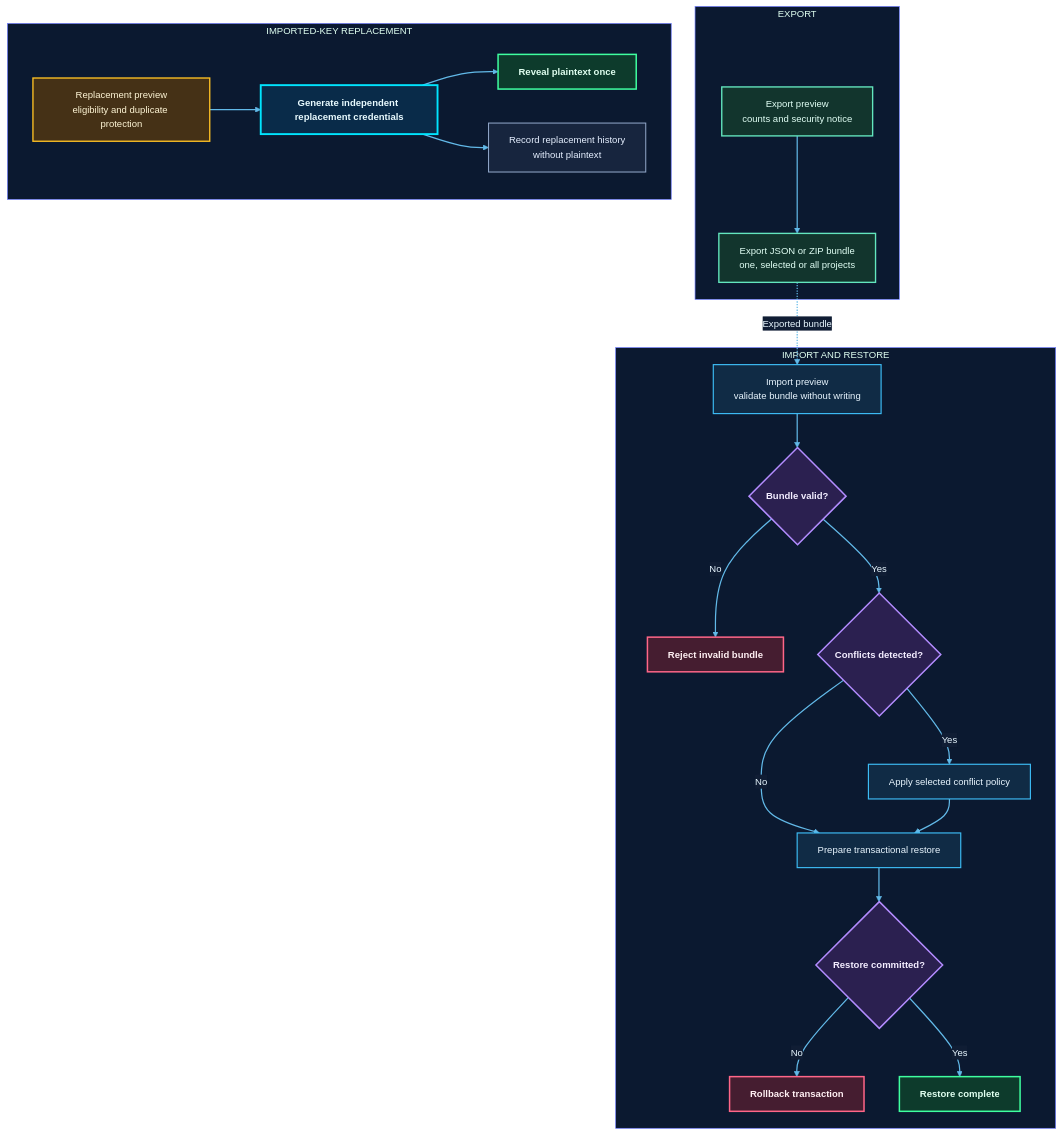
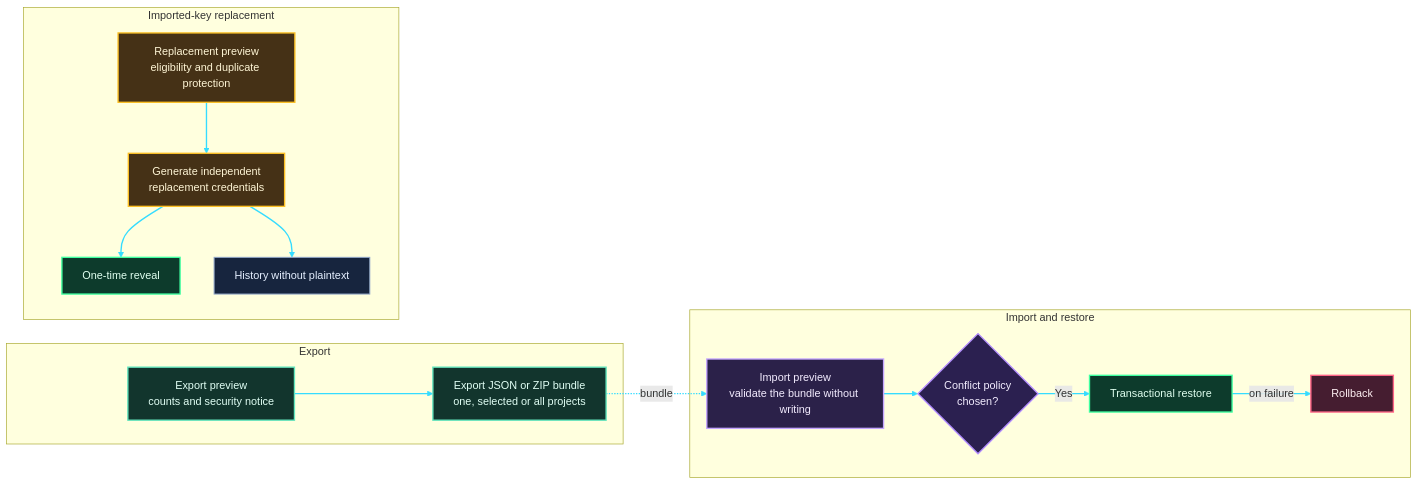
One commit to shajeduzzamanenan992008inc/NexOra-Database-key-Gen changed diagram 19 of 23 in README.md. Above: the diagram before and after it, drawn with Mermaid. The commit also changed other lines of this file, not shown here.

````diff
--- a/README.md
+++ b/README.md
@@ -1588,48 +1500,37 @@
 ```mermaid
-%%{init: {"theme":"base","themeVariables":{"darkMode":true,"background":"#07111f","primaryColor":"#102744","primaryTextColor":"#e8f7ff","primaryBorderColor":"#00d9ff","lineColor":"#62b9e8","secondaryColor":"#261d45","secondaryTextColor":"#f3eaff","secondaryBorderColor":"#a78bfa","tertiaryColor":"#12332b","tertiaryTextColor":"#e0fff1","tertiaryBorderColor":"#41e6a2","fontFamily":"Inter, Segoe UI, sans-serif","fontSize":"14px","edgeLabelBackground":"#101d34","mainBkg":"#102744","nodeBorder":"#00d9ff","clusterBkg":"#0b1930","clusterBorder":"#6f7dff","actorBkg":"#102744","actorBorder":"#00d9ff","actorTextColor":"#e8f7ff","signalColor":"#64d8ff","signalTextColor":"#e8f7ff","noteBkgColor":"#0e332b","noteBorderColor":"#41e6a2","noteTextColor":"#e0fff1"}}}%%
-flowchart TB
-    subgraph EXPORT["EXPORT"]
+flowchart LR
+    subgraph EXP["Export"]
         E1["Export preview<br/>counts and security notice"] --> E2["Export JSON or ZIP bundle<br/>one, selected or all projects"]
     end
+    subgraph IMP["Import and restore"]
+        I1["Import preview<br/>validate the bundle without writing"] --> I2{"Conflict policy<br/>chosen?"}
+        I2 -->|Yes| I3["Transactional restore"]
+        I3 -->|"on failure"| I4["Rollback"]
+    end
+    subgraph REP["Imported-key replacement"]
+        P1["Replacement preview<br/>eligibility and duplicate protection"] --> P2["Generate independent<br/>replacement credentials"]
+        P2 --> P3["One-time reveal"]
+        P2 --> P4["History without plaintext"]
+    end
+    E2 -.->|"bundle"| I1
 
-    subgraph IMPORT["IMPORT AND RESTORE"]
-        I1["Import preview<br/>validate bundle without writing"] --> I2{"Bundle valid?"}
-        I2 -->|No| IX["Reject invalid bundle"]
-        I2 -->|Yes| I3{"Conflicts detected?"}
-        I3 -->|Yes| I4["Apply selected conflict policy"]
-        I3 -->|No| I5["Prepare transactional restore"]
-        I4 --> I5
-        I5 --> I6{"Restore committed?"}
-        I6 -->|No| I7["Rollback transaction"]
-        I6 -->|Yes| I8["Restore complete"]
-    end
-
-    subgraph REPLACE["IMPORTED-KEY REPLACEMENT"]
-        P1["Replacement preview<br/>eligibility and duplicate protection"] --> P2["Generate independent replacement credentials"]
-        P2 --> P3["Reveal plaintext once"]
-        P2 --> P4["Record replacement history<br/>without plaintext"]
-    end
-
-    E2 -. Exported bundle .-> I1
-
-
-    %% OMEGA NEX-ORA · ULTRA NEON DESIGN SYSTEM
-    classDef nxCore fill:#092b49,stroke:#00e5ff,stroke-width:2.8px,color:#e9fbff,font-weight:bold;
-    classDef nxProcess fill:#102b45,stroke:#3dbcf5,stroke-width:1.7px,color:#e9f6ff;
-    classDef nxDecision fill:#2b2050,stroke:#b38cff,stroke-width:2.2px,color:#f3edff,font-weight:bold;
-    classDef nxSuccess fill:#0d3b2c,stroke:#3fffa0,stroke-width:2.2px,color:#e0fff0,font-weight:bold;
-    classDef nxDanger fill:#451d30,stroke:#ff6688,stroke-width:2.2px,color:#fff0f3,font-weight:bold;
+    %% OMEGA NEX-ORA visual classes
+    %% OMEGA NEX-ORA / ULTRA NEON PALETTE
+    classDef nxCore fill:#092b49,stroke:#00e5ff,stroke-width:2.5px,color:#e9fbff;
+    classDef nxProcess fill:#102b45,stroke:#3dbcf5,stroke-width:1.5px,color:#e9f6ff;
+    classDef nxDecision fill:#2b2050,stroke:#b38cff,stroke-width:2px,color:#f3edff;
+    classDef nxSuccess fill:#0d3b2c,stroke:#3fffa0,stroke-width:2px,color:#e0fff0;
+    classDef nxDanger fill:#451d30,stroke:#ff6688,stroke-width:2px,color:#fff0f3;
     classDef nxData fill:#12352d,stroke:#63e6be,stroke-width:2px,color:#e1fff5;
     classDef nxExternal fill:#2b2149,stroke:#c4a5ff,stroke-width:2px,color:#f3ecff;
     classDef nxInfo fill:#17253e,stroke:#91a7c9,stroke-width:1.5px,color:#e5efff;
     classDef nxWarning fill:#453116,stroke:#fbbf24,stroke-width:2px,color:#fff6d6;
-    linkStyle default stroke:#62b9e8,stroke-width:1.8px;
     class E1,E2 nxData;
-    class I1,I4,I5 nxProcess;
-    class I2,I3,I6 nxDecision;
-    class IX,I7 nxDanger;
-    class I8,P3 nxSuccess;
-    class P1 nxWarning;
-    class P2 nxCore;
+    class I1 nxExternal;
+    class I2 nxDecision;
+    class I3,P3 nxSuccess;
+    class I4 nxDanger;
+    class P1,P2 nxWarning;
     class P4 nxInfo;
+    linkStyle default stroke:#35dcff,stroke-width:2px;
 ```
````
